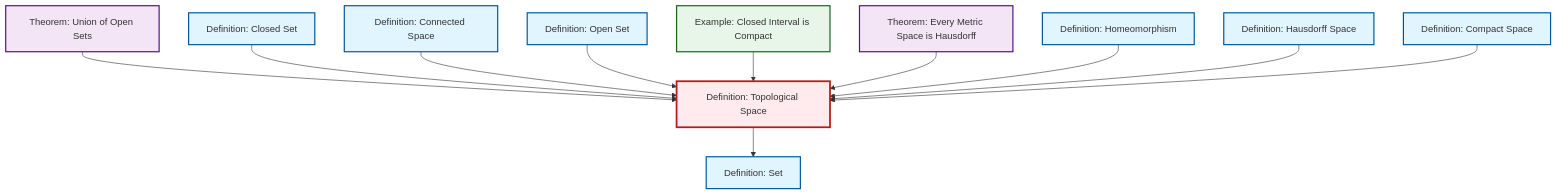
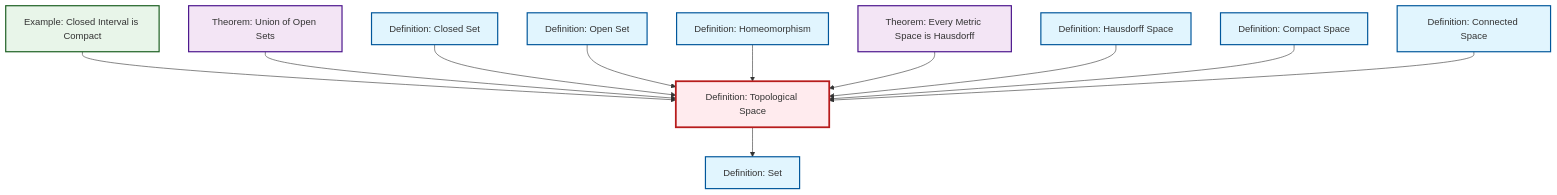
Before and after one commit to RK0429/ModernMath: the diagram in content/ja/topology/def-topological-space.qmd, drawn with Mermaid. The commit also changed other lines of this file and 491 other files, not shown here.

````diff
--- a/content/ja/topology/def-topological-space.qmd
+++ b/content/ja/topology/def-topological-space.qmd
@@ -60,41 +60,41 @@
 ```{mermaid}
 %%| fig-cap: "Local dependency graph"
 graph TD
     classDef definition fill:#e1f5fe,stroke:#01579b,stroke-width:2px
     classDef theorem fill:#f3e5f5,stroke:#4a148c,stroke-width:2px
     classDef axiom fill:#fff3e0,stroke:#e65100,stroke-width:2px
     classDef example fill:#e8f5e9,stroke:#1b5e20,stroke-width:2px
     classDef current fill:#ffebee,stroke:#b71c1c,stroke-width:3px
+    def-hausdorff["Definition: Hausdorff Space"]:::definition
     def-closed-set["Definition: Closed Set"]:::definition
-    def-hausdorff["Definition: Hausdorff Space"]:::definition
+    def-connected["Definition: Connected Space"]:::definition
+    def-topological-space["Definition: Topological Space"]:::definition
+    def-open-set["Definition: Open Set"]:::definition
+    def-compact["Definition: Compact Space"]:::definition
+    ex-closed-interval-compact["Example: Closed Interval is Compact"]:::example
+    thm-union-open-sets["Theorem: Union of Open Sets"]:::theorem
+    def-homeomorphism["Definition: Homeomorphism"]:::definition
     def-set["Definition: Set"]:::definition
-    ex-closed-interval-compact["Example: Closed Interval is Compact"]:::example
-    def-open-set["Definition: Open Set"]:::definition
-    thm-union-open-sets["Theorem: Union of Open Sets"]:::theorem
-    def-compact["Definition: Compact Space"]:::definition
-    def-connected["Definition: Connected Space"]:::definition
-    def-homeomorphism["Definition: Homeomorphism"]:::definition
     thm-metric-hausdorff["Theorem: Every Metric Space is Hausdorff"]:::theorem
-    def-topological-space["Definition: Topological Space"]:::definition
+    ex-closed-interval-compact --> def-topological-space
+    def-topological-space --> def-set
     thm-union-open-sets --> def-topological-space
     def-closed-set --> def-topological-space
+    def-open-set --> def-topological-space
+    def-homeomorphism --> def-topological-space
+    thm-metric-hausdorff --> def-topological-space
+    def-hausdorff --> def-topological-space
+    def-compact --> def-topological-space
     def-connected --> def-topological-space
-    def-open-set --> def-topological-space
-    ex-closed-interval-compact --> def-topological-space
-    thm-metric-hausdorff --> def-topological-space
-    def-homeomorphism --> def-topological-space
-    def-hausdorff --> def-topological-space
-    def-topological-space --> def-set
-    def-compact --> def-topological-space
     class def-topological-space current
+    click def-hausdorff "def-hausdorff.html" "Definition: Hausdorff Spaceへ"
     click def-closed-set "def-closed-set.html" "Definition: Closed Setへ"
-    click def-hausdorff "def-hausdorff.html" "Definition: Hausdorff Spaceへ"
+    click def-connected "def-connected.html" "Definition: Connected Spaceへ"
+    click def-open-set "def-open-set.html" "Definition: Open Setへ"
+    click def-compact "def-compact.html" "Definition: Compact Spaceへ"
+    click ex-closed-interval-compact "ex-closed-interval-compact.html" "Example: Closed Interval is Compactへ"
+    click thm-union-open-sets "thm-union-open-sets.html" "Theorem: Union of Open Setsへ"
+    click def-homeomorphism "def-homeomorphism.html" "Definition: Homeomorphismへ"
     click def-set "def-set.html" "Definition: Setへ"
-    click ex-closed-interval-compact "ex-closed-interval-compact.html" "Example: Closed Interval is Compactへ"
-    click def-open-set "def-open-set.html" "Definition: Open Setへ"
-    click thm-union-open-sets "thm-union-open-sets.html" "Theorem: Union of Open Setsへ"
-    click def-compact "def-compact.html" "Definition: Compact Spaceへ"
-    click def-connected "def-connected.html" "Definition: Connected Spaceへ"
-    click def-homeomorphism "def-homeomorphism.html" "Definition: Homeomorphismへ"
     click thm-metric-hausdorff "thm-metric-hausdorff.html" "Theorem: Every Metric Space is Hausdorffへ"
 ```
````
